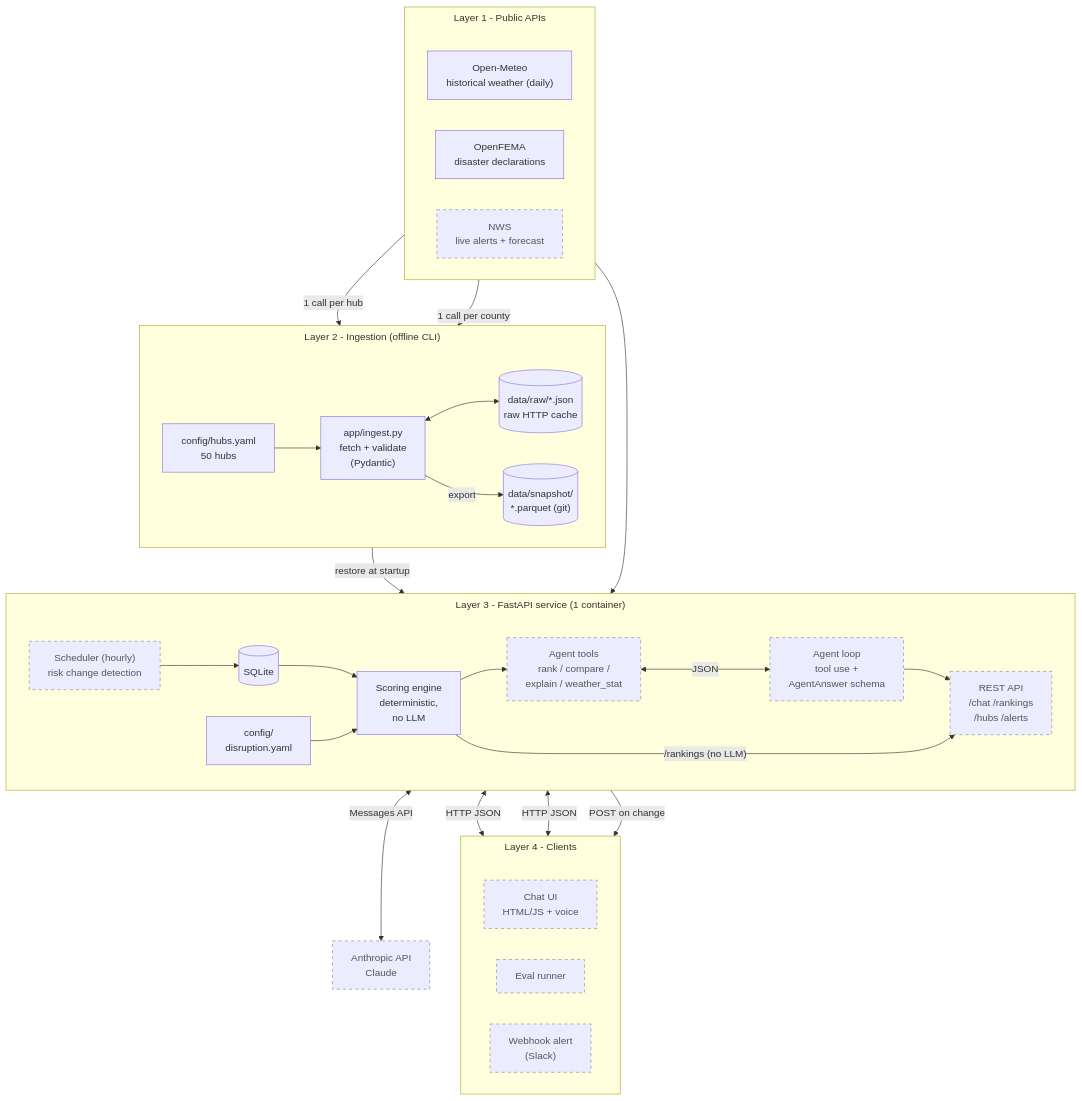
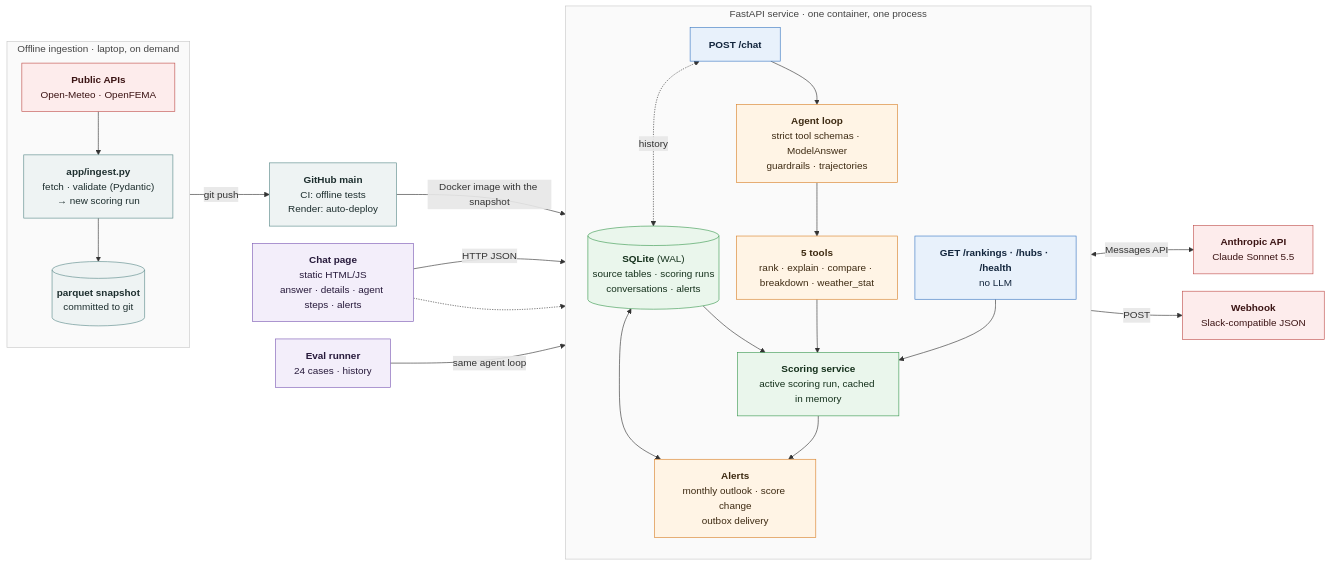
The first of 3 diagrams in docs/ARCHITECTURE.md (Omer212111/Home-assignment-Moveo), drawn with Mermaid before and after one commit. The commit also changed other lines of this file and 16 other files, not shown here.

First line of the commit message:
Docs: bring every markdown file up to date (architecture rewritten with current diagrams, handoff, evals case table, improvements status, scalable-design status, decisions index, catalog, data notes, historical banners on the plans)

````diff
--- a/docs/ARCHITECTURE.md
+++ b/docs/ARCHITECTURE.md
@@ -8,53 +10,64 @@
 ```mermaid
 ---
 config:
   flowchart:
-    subGraphTitleMargin: {top: 6, bottom: 30}
-    wrappingWidth: 400
+    curve: basis
+    nodeSpacing: 28
+    rankSpacing: 45
 ---
-flowchart TB
-    subgraph SRC["Layer 1 - Public APIs"]
-        direction LR
-        OM["Open-Meteo<br/>historical weather (daily)"]
-        FEMA["OpenFEMA<br/>disaster declarations"]
-        NWS["NWS<br/>live alerts + forecast"]:::planned
+flowchart LR
+    subgraph OFF["Offline ingestion · laptop, on demand"]
+        direction TB
+        APIS["<b>Public APIs</b><br/>Open-Meteo · OpenFEMA"]
+        ING["<b>app/ingest.py</b><br/>fetch · validate (Pydantic)<br/>→ new scoring run"]
+        SNAP[("<b>parquet snapshot</b><br/>committed to git")]
+        APIS --> ING --> SNAP
     end
 
-    subgraph BATCH["Layer 2 - Ingestion (offline CLI)"]
-        direction LR
-        CFG["config/hubs.yaml<br/>50 hubs"] --> ING["app/ingest.py<br/>fetch + validate<br/>(Pydantic)"]
-        ING <--> RAW[("data/raw/*.json<br/>raw HTTP cache")]
-        ING -- export --> SNAP[("data/snapshot/<br/>*.parquet (git)")]
+    GIT["<b>GitHub main</b><br/>CI: offline tests<br/>Render: auto-deploy"]
+
+    subgraph SVC["FastAPI service · one container, one process"]
+        direction TB
+        DB[("<b>SQLite</b> (WAL)<br/>source tables · scoring runs<br/>conversations · alerts")]
+        ENG["<b>Scoring service</b><br/>active scoring run, cached in memory"]
+        CHAT["<b>POST /chat</b>"]
+        AGENT["<b>Agent loop</b><br/>strict tool schemas · ModelAnswer<br/>guardrails · trajectories"]
+        TOOLS["<b>5 tools</b><br/>rank · explain · compare · breakdown · weather_stat"]
+        REST["<b>GET /rankings · /hubs · /health</b><br/>no LLM"]
+        ALERT["<b>Alerts</b><br/>monthly outlook · score change<br/>outbox delivery"]
+        DB --> ENG
+        CHAT --> AGENT --> TOOLS --> ENG
+        REST --> ENG
+        ENG --> ALERT
+        ALERT <--> DB
+        CHAT <-. "history" .-> DB
     end
 
-    subgraph SVC["Layer 3 - FastAPI service (1 container)"]
-        direction LR
-        DB[("SQLite")] --> ENG["Scoring engine<br/>deterministic,<br/>no LLM"]
-        ENG --> TOOLS["Agent tools<br/>rank / compare /<br/>explain / weather_stat"]:::planned
-        TOOLS <-- JSON --> AGENT["Agent loop<br/>tool use +<br/>AgentAnswer schema"]:::planned
-        AGENT --> API["REST API<br/>/chat /rankings<br/>/hubs /alerts"]:::planned
-        ENG -- "/rankings (no LLM)" --> API
-        SCHED["Scheduler (hourly)<br/>risk change detection"]:::planned --> DB
-        RULES["config/<br/>disruption.yaml"] --> ENG
-    end
+    UI["<b>Chat page</b><br/>static HTML/JS<br/>answer · details · agent steps · alerts"]
+    CLAUDE["<b>Anthropic API</b><br/>Claude Sonnet 5.5"]
+    HOOK["<b>Webhook</b><br/>Slack-compatible JSON"]
+    EVAL["<b>Eval runner</b><br/>24 cases · history"]
 
-    CLAUDE["Anthropic API<br/>Claude"]:::planned
+    SNAP -- "git push" --> GIT
+    GIT -- "Docker image with the snapshot" --> DB
+    UI -- "HTTP JSON" --> CHAT
+    UI -.-> REST
+    EVAL -- "same agent loop" --> AGENT
+    AGENT <-- "Messages API" --> CLAUDE
+    ALERT -- "POST" --> HOOK
 
-    subgraph CLI["Layer 4 - Clients"]
-        direction LR
-        UI["Chat UI<br/>HTML/JS + voice"]:::planned
-        EVAL["Eval runner"]:::planned
-        HOOK["Webhook alert<br/>(Slack)"]:::planned
-    end
-
-    OM -- "1 call per hub" --> ING
-    FEMA -- "1 call per county" --> ING
-    SNAP -- "restore at startup" --> DB
-    NWS --> SCHED
-    AGENT <-- "Messages API" --> CLAUDE
-    API <-- "HTTP JSON" --> UI
-    API <-- "HTTP JSON" --> EVAL
-    SCHED -- "POST on change" --> HOOK
-
-    classDef planned stroke-dasharray: 5 5,stroke:#888,color:#555;
+    classDef client fill:#f3eefa,stroke:#7d5bb5,color:#271a3b
+    classDef api fill:#e8f1fb,stroke:#3b78c3,color:#13263d
+    classDef agent fill:#fff4e5,stroke:#d9822b,color:#3d2a12
+    classDef ext fill:#fdecec,stroke:#c0504d,color:#3b1414
+    classDef eng fill:#eaf6ec,stroke:#3c9a52,color:#14301b
+    classDef batch fill:#eef3f3,stroke:#5b8a8a,color:#1d2e2e
+    classDef group fill:#fafafa,stroke:#c8c8c8,color:#444
+    class UI,EVAL client
+    class CHAT,REST api
+    class AGENT,TOOLS,ALERT agent
+    class CLAUDE,HOOK,APIS ext
+    class ENG,DB eng
+    class ING,SNAP,GIT batch
+    class OFF,SVC group
 ```
````
